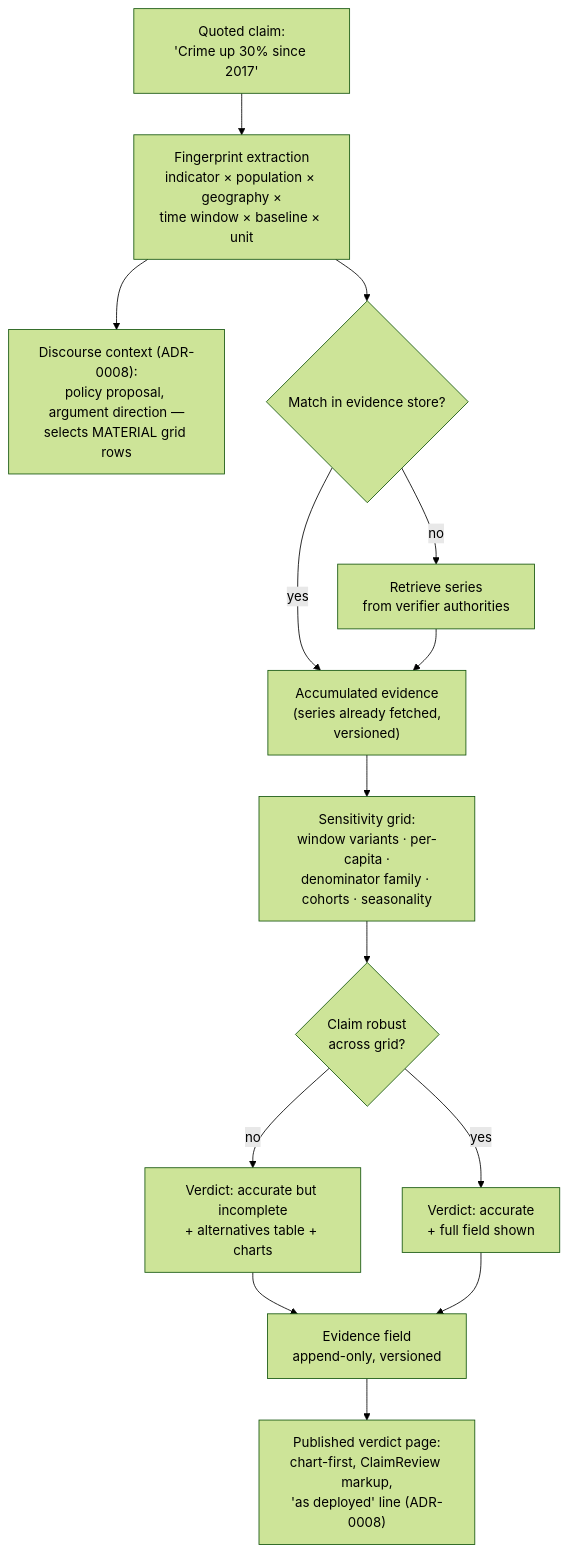
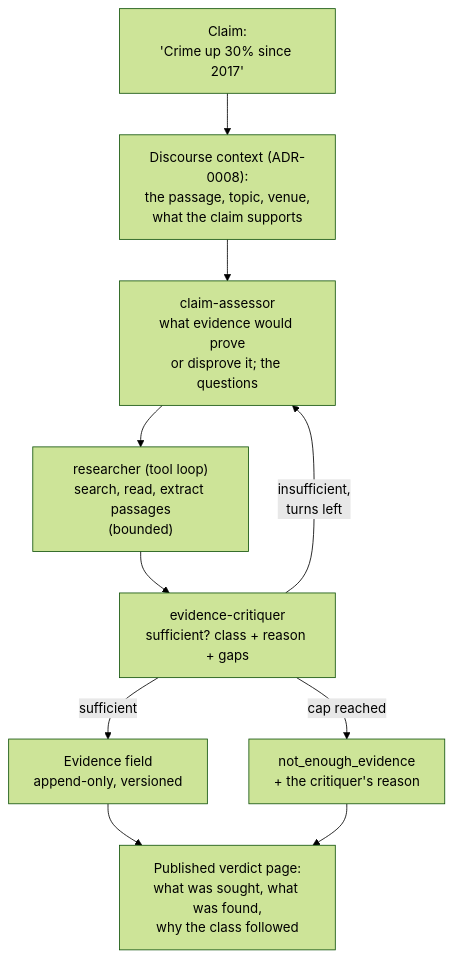
The fourth of 5 diagrams in docs/ARCHITECTURE.md (bradleyscott/claimwatch-nz), drawn with Mermaid (forest theme) before and after one commit. The commit also changed other lines of this file and 28 other files, not shown here.

````diff
--- a/docs/ARCHITECTURE.md
+++ b/docs/ARCHITECTURE.md
@@ -122,16 +126,12 @@
 ```mermaid
 flowchart TB
-    CLAIM["Quoted claim:<br/>'Crime up 30% since 2017'"] --> FP["Fingerprint extraction<br/>indicator × population × geography ×<br/>time window × baseline × unit"]
-    FP --> CTX["Discourse context (ADR-0008):<br/>policy proposal, argument direction —<br/>selects MATERIAL grid rows"]
-    FP --> MATCH{"Match in evidence store?"}
-    MATCH -- "yes" --> SERIES["Accumulated evidence<br/>(series already fetched,<br/>versioned)"]
-    MATCH -- "no" --> RETRIEVE["Retrieve series<br/>from verifier authorities"]
-    RETRIEVE --> SERIES
-    SERIES --> GRID["Sensitivity grid:<br/>window variants · per-capita ·<br/>denominator family · cohorts · seasonality"]
-    GRID --> CLASS{"Claim robust<br/>across grid?"}
-    CLASS -- "yes" --> V1["Verdict: accurate<br/>+ full field shown"]
-    CLASS -- "no" --> V2["Verdict: accurate but incomplete<br/>+ alternatives table + charts"]
-    V2 --> FIELD["Evidence field<br/>append-only, versioned"]
-    V1 --> FIELD
-    FIELD --> PUBLISH["Published verdict page:<br/>chart-first, ClaimReview markup,<br/>'as deployed' line (ADR-0008)"]
+    CLAIM["Claim:<br/>'Crime up 30% since 2017'"] --> CTX["Discourse context (ADR-0008):<br/>the passage, topic, venue,<br/>what the claim supports"]
+    CTX --> ASSESS["claim-assessor<br/>what evidence would prove<br/>or disprove it; the questions"]
+    ASSESS --> RESEARCH["researcher (tool loop)<br/>search, read, extract passages<br/>(bounded)"]
+    RESEARCH --> CRIT["evidence-critiquer<br/>sufficient? class + reason + gaps"]
+    CRIT -- "insufficient,<br/>turns left" --> ASSESS
+    CRIT -- "sufficient" --> FIELD["Evidence field<br/>append-only, versioned"]
+    CRIT -- "cap reached" --> NEI["not_enough_evidence<br/>+ the critiquer's reason"]
+    FIELD --> PUBLISH["Published verdict page:<br/>what was sought, what was found,<br/>why the class followed"]
+    NEI --> PUBLISH
 ```
````
